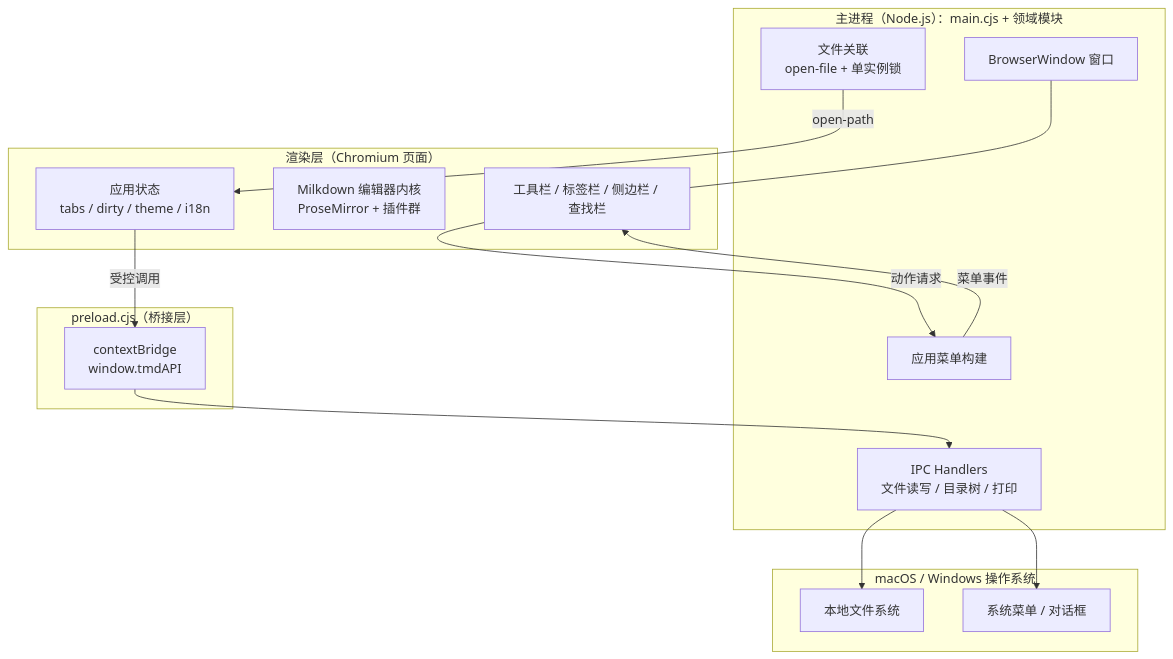
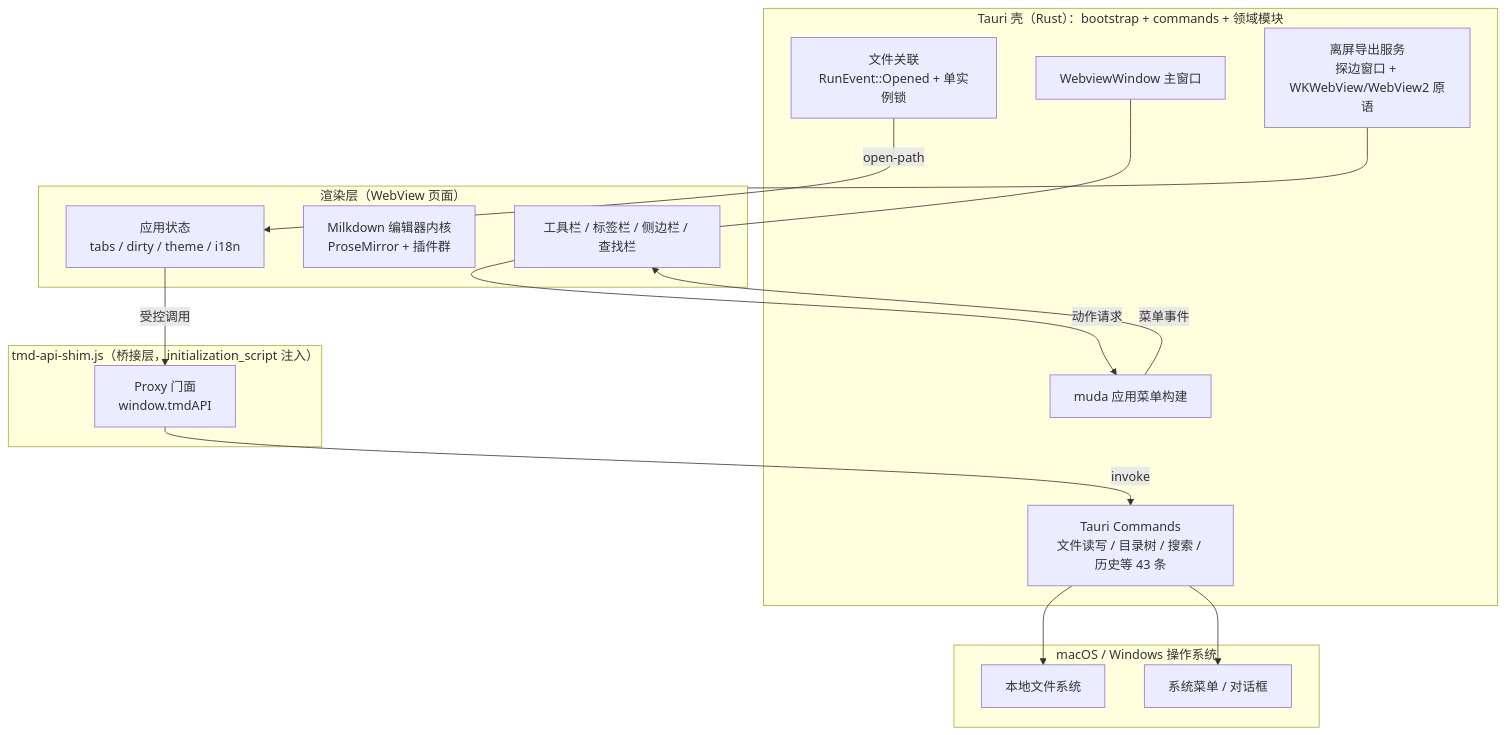
One commit to ChiangyangNPU/tmd changed the first of 4 diagrams in docs/架构设计.md. Above: the diagram before and after it, drawn with Mermaid. The commit also changed other lines of this file and 33 other files, not shown here.

````diff
--- a/docs/架构设计.md
+++ b/docs/架构设计.md
@@ -12,33 +14,35 @@
 ```mermaid
 flowchart TB
     subgraph MAC["macOS / Windows 操作系统"]
         FS[本地文件系统]
         MENU[系统菜单 / 对话框]
     end
 
-    subgraph MAIN["主进程（Node.js）：main.cjs + 领域模块"]
-        WIN[BrowserWindow 窗口]
-        MENUBUILD[应用菜单构建]
-        IPC[IPC Handlers<br/>文件读写 / 目录树 / 打印]
-        ASSOC[文件关联<br/>open-file + 单实例锁]
+    subgraph CORE["Tauri 壳（Rust）：bootstrap + commands + 领域模块"]
+        WIN[WebviewWindow 主窗口]
+        MENUBUILD[muda 应用菜单构建]
+        CMD[Tauri Commands<br/>文件读写 / 目录树 / 搜索 / 历史等 43 条]
+        ASSOC[文件关联<br/>RunEvent::Opened + 单实例锁]
+        EXP[离屏导出服务<br/>探边窗口 + WKWebView/WebView2 原语]
     end
 
-    subgraph PRELOAD["preload.cjs（桥接层）"]
-        BRIDGE[contextBridge<br/>window.tmdAPI]
+    subgraph SHIM["tmd-api-shim.js（桥接层，initialization_script 注入）"]
+        BRIDGE[Proxy 门面<br/>window.tmdAPI]
     end
 
-    subgraph RENDERER["渲染层（Chromium 页面）"]
+    subgraph RENDERER["渲染层（WebView 页面）"]
         UI[工具栏 / 标签栏 / 侧边栏 / 查找栏]
         EDITOR[Milkdown 编辑器内核<br/>ProseMirror + 插件群]
         STATE[应用状态<br/>tabs / dirty / theme / i18n]
     end
 
     WIN --- UI
     MENUBUILD -- "菜单事件" --> UI
     UI -- "动作请求" --> MENUBUILD
     STATE -- "受控调用" --> BRIDGE
-    BRIDGE --> IPC
-    IPC --> FS
-    IPC --> MENU
+    BRIDGE -- "invoke" --> CMD
+    CMD --> FS
+    CMD --> MENU
     ASSOC -- "open-path" --> STATE
+    EXP --- RENDERER
 ```
````
